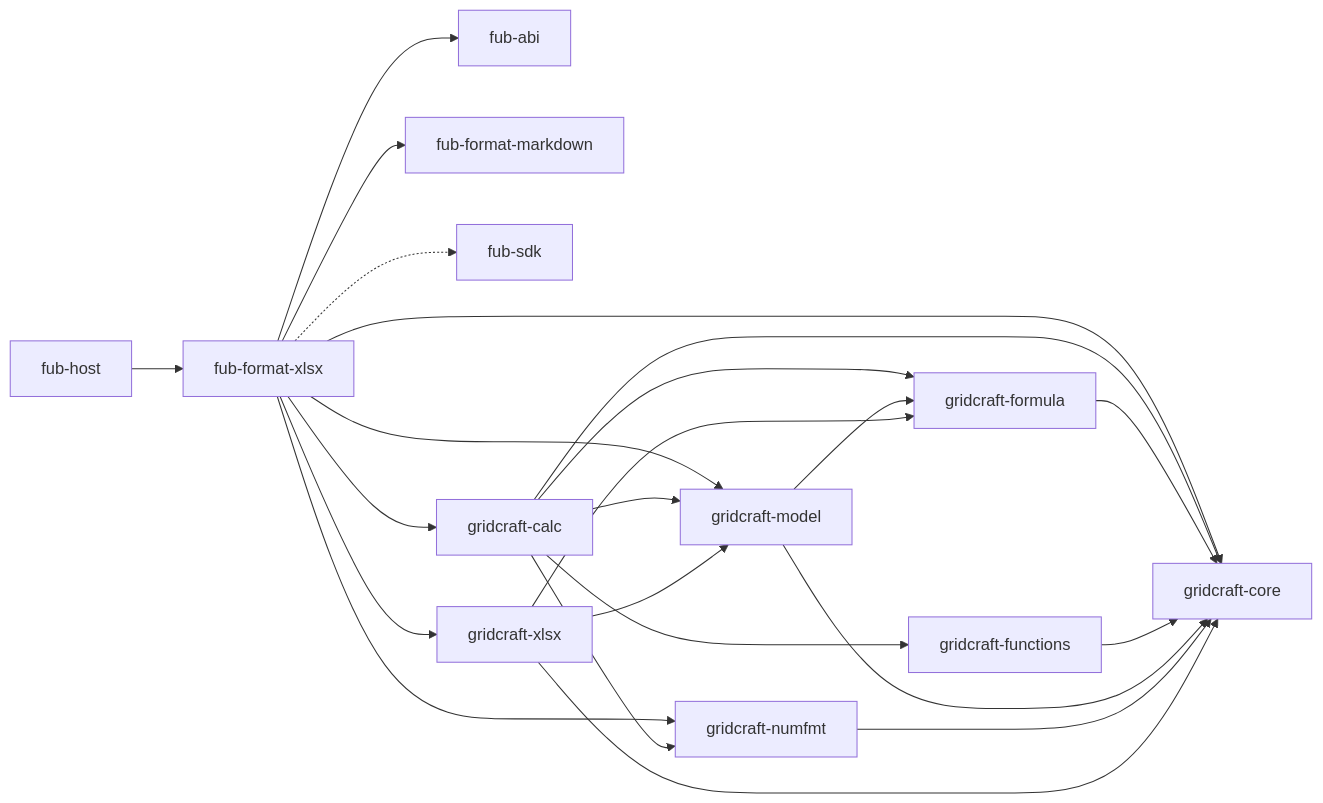
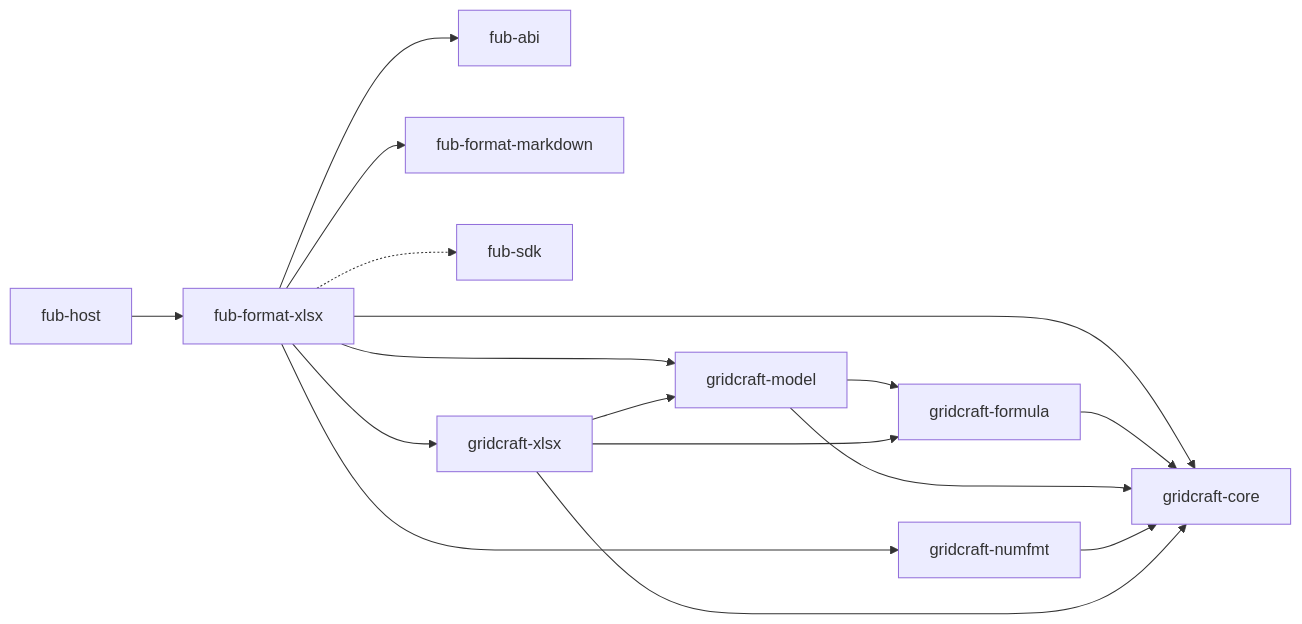
One commit to Fubeo/Fub changed the third of 4 diagrams in docs/architecture/overview.md. Above: the diagram before and after it, drawn with Mermaid. The commit also changed 4 other files, not shown here.

````diff
--- a/docs/architecture/overview.md
+++ b/docs/architecture/overview.md
@@ -157,41 +157,32 @@
 ```mermaid
 flowchart LR
     %% @grafo-dipendenze
     %% Il seguito del grafo: fub-format-xlsx e i crate di GridCraft.
 
     host["fub-host"]
     abi["fub-abi"]
     markdown["fub-format-markdown"]
     sdk["fub-sdk"]
     xlsx["fub-format-xlsx"]
     gcore["gridcraft-core"]
     gformula["gridcraft-formula"]
-    gfunctions["gridcraft-functions"]
     gnumfmt["gridcraft-numfmt"]
     gmodel["gridcraft-model"]
-    gcalc["gridcraft-calc"]
     gxlsx["gridcraft-xlsx"]
 
     host --> xlsx
     xlsx --> abi
     xlsx --> markdown
     xlsx -.-> sdk
-    xlsx --> gcalc
     xlsx --> gcore
     xlsx --> gmodel
     xlsx --> gnumfmt
     xlsx --> gxlsx
-    gcalc --> gcore
-    gcalc --> gformula
-    gcalc --> gfunctions
-    gcalc --> gmodel
-    gcalc --> gnumfmt
     gformula --> gcore
-    gfunctions --> gcore
     gmodel --> gcore
     gmodel --> gformula
     gnumfmt --> gcore
     gxlsx --> gcore
     gxlsx --> gformula
     gxlsx --> gmodel
 ```
````
